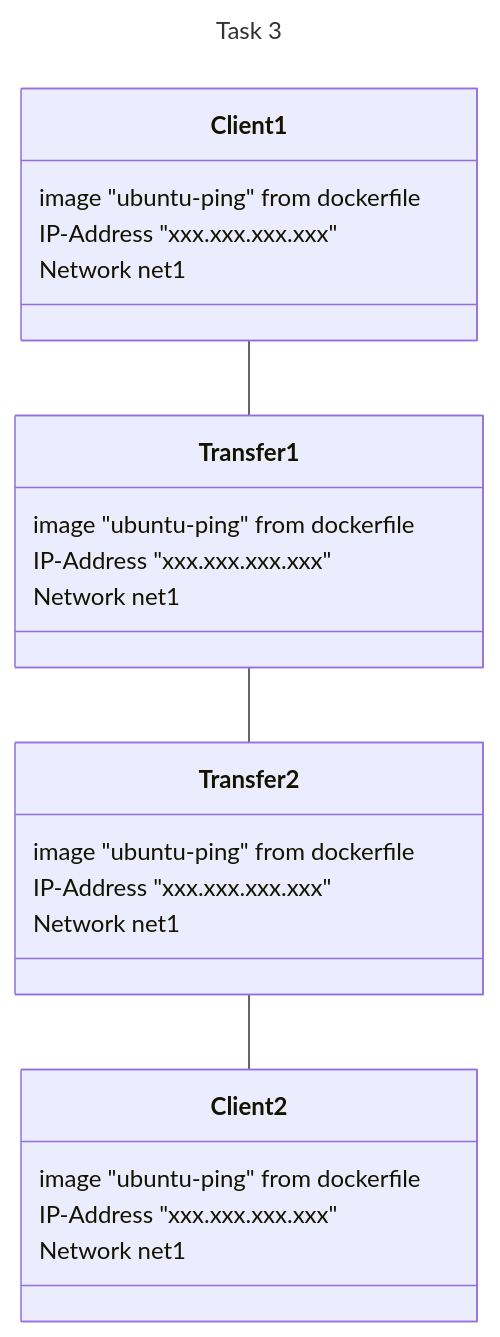
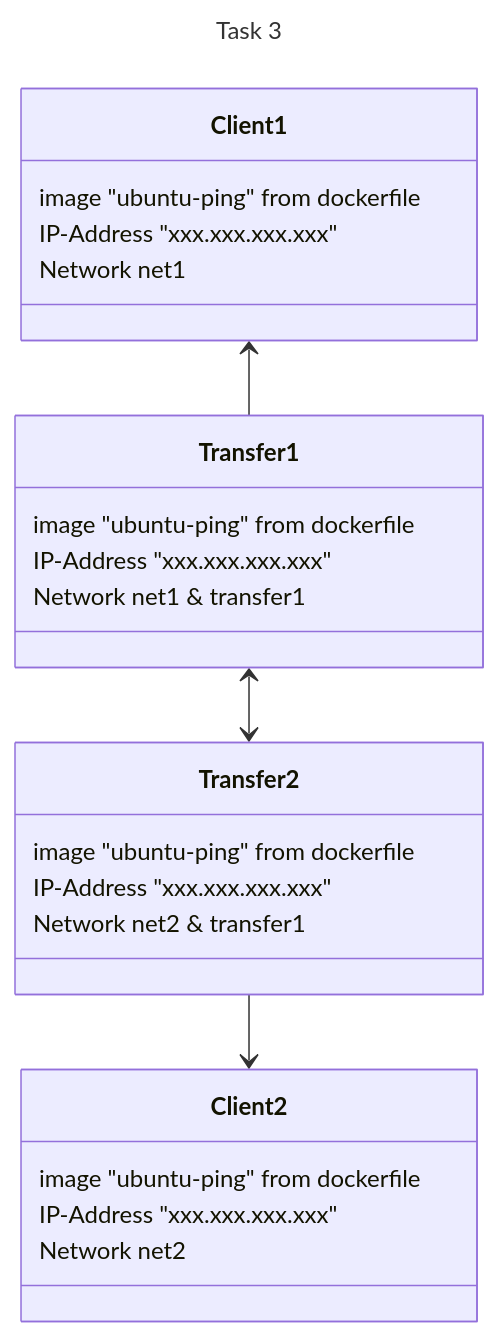
One commit to cakossowski/Ipo-Tasks changed the diagram in Task-3/README.md. Above: the diagram before and after it, drawn with Mermaid. The commit also changed 1 other file, not shown here.

Commit message:
changed networks in Task3 Readme and correct typos in task2 readme

````diff
--- a/Task-3/README.md
+++ b/Task-3/README.md
@@ -13,28 +13,29 @@
 ```mermaid
 ---
 title: Task 3
 ---
 classDiagram
 
-    Client1 -- Transfer1
-    Transfer1 -- Transfer2
-    Transfer2 -- Client2
+    Client1 <-- Transfer1
+    Transfer1 <--> Transfer2
+    Transfer2 --> Client2
+    
     Client1 : image "ubuntu-ping" from dockerfile
     Client1 : IP-Address "xxx.xxx.xxx.xxx"
     Client1 : Network net1
 
     Client2 : image "ubuntu-ping" from dockerfile
     Client2 : IP-Address "xxx.xxx.xxx.xxx"
-    Client2 : Network net1
+    Client2 : Network net2
 
     Transfer1 : image "ubuntu-ping" from dockerfile
     Transfer1 : IP-Address "xxx.xxx.xxx.xxx"
-    Transfer1 : Network net1
+    Transfer1 : Network net1 & transfer1
     
     Transfer2 : image "ubuntu-ping" from dockerfile
     Transfer2 : IP-Address "xxx.xxx.xxx.xxx"
-    Transfer2 : Network net1
+    Transfer2 : Network net2 & transfer1
 
 
 
 ```
````
